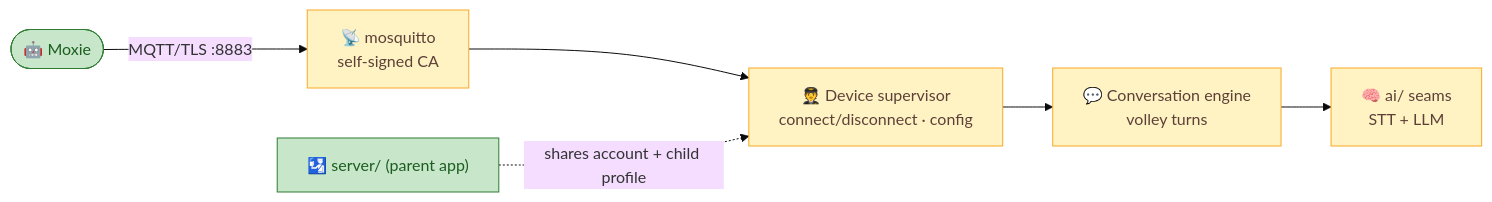
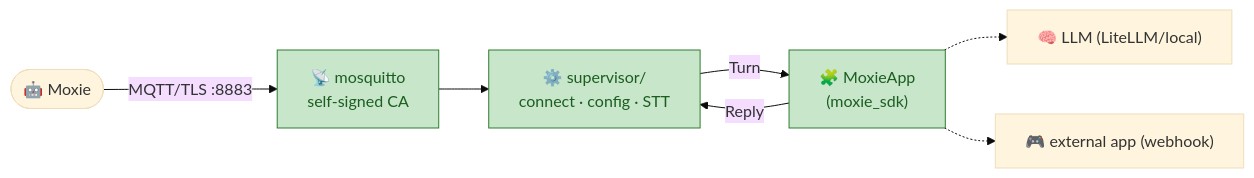
Before and after one commit to mvalancy/moxie-robot-saver: the diagram in mqtt/README.md, drawn with Mermaid (base theme). The commit also changed other lines of this file and 34 other files, not shown here.

First line of the commit message:
Robot cloud: MQTT broker, Moxie SDK, LLM conversation, endpoint QR, tabbed UI + monitor

````diff
--- a/mqtt/README.md
+++ b/mqtt/README.md
@@ -7,12 +9,11 @@
 ```mermaid
 flowchart LR
     moxie(["🤖 Moxie"]) -->|"MQTT/TLS :8883"| broker["📡 mosquitto<br/>self-signed CA"]
-    broker --> super["🧑‍✈️ Device supervisor<br/>connect/disconnect · config"]
-    super --> conv["💬 Conversation engine<br/>volley turns"]
-    conv --> ai["🧠 ai/ seams<br/>STT + LLM"]
-    server["🛂 server/ (parent app)"] -. "shares account + child profile" .-> super
-    classDef wip fill:#fff3c4,stroke:#f9a825,color:#5d4037;
+    broker --> rt["⚙️ supervisor/<br/>connect · config · STT"]
+    rt -->|"Turn"| app["🧩 MoxieApp<br/>(moxie_sdk)"]
+    app -->|"Reply"| rt
+    app -.-> llm["🧠 LLM (LiteLLM/local)"]
+    app -.-> ext["🎮 external app (webhook)"]
     classDef done fill:#c8e6c9,stroke:#2e7d32,color:#1b5e20;
-    class broker,super,conv,ai wip;
-    class moxie,server done;
+    class broker,rt,app done;
 ```
````
